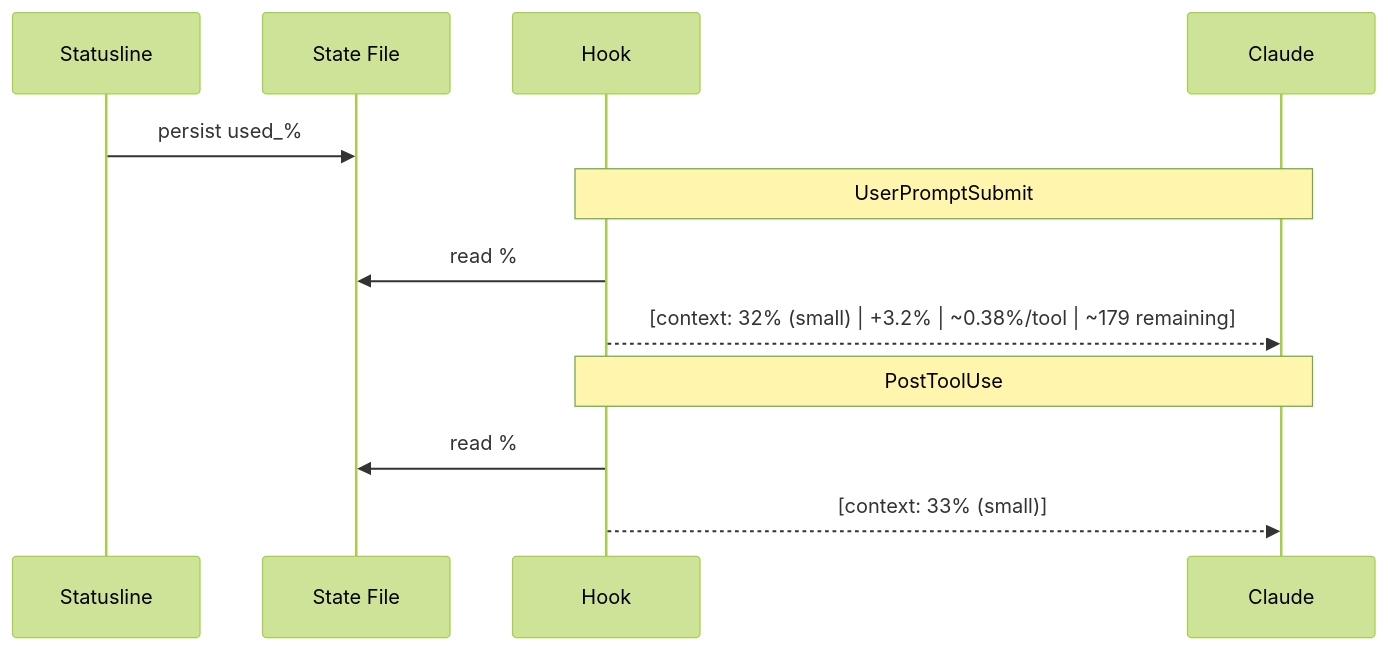
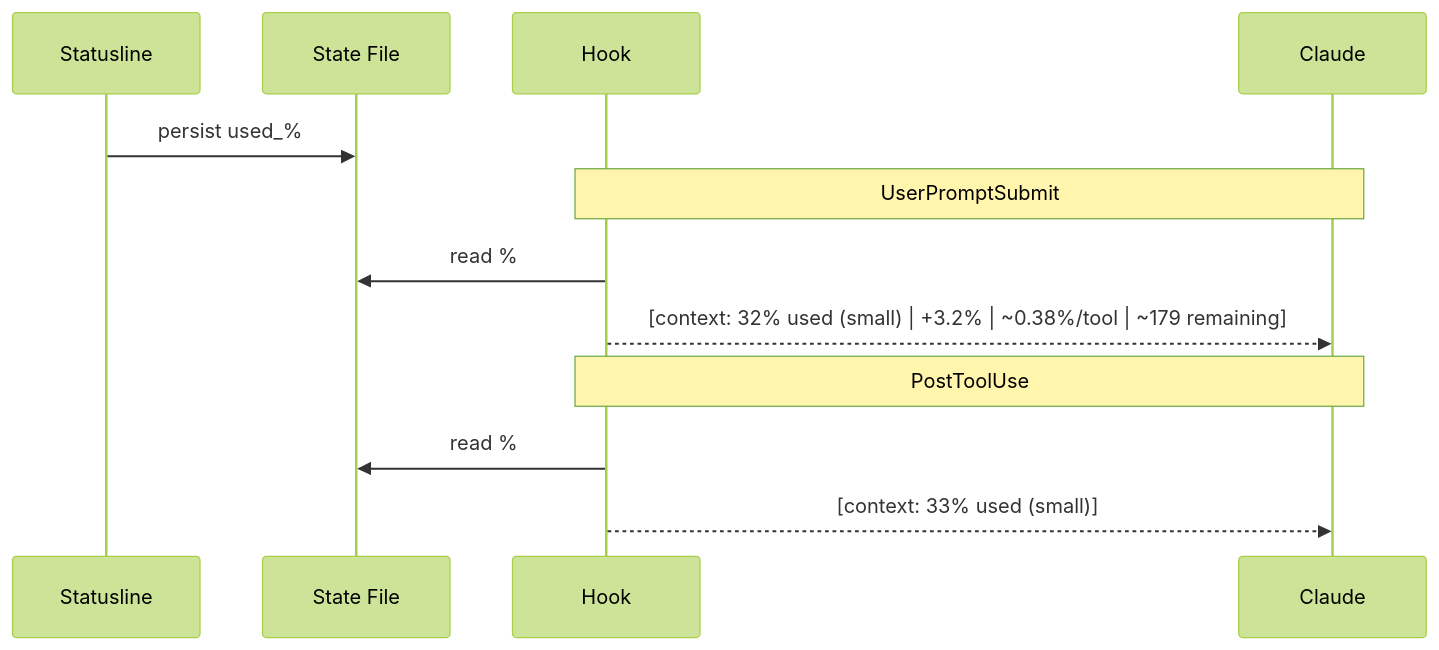
One commit to hesreallyhim/really-claude-code changed the second of 2 diagrams in agent-autonomy/context-awareness/README.md. Above: the diagram before and after it, drawn with Mermaid (forest theme). The commit also changed other lines of this file and 69 other files, not shown here.

````diff
--- a/agent-autonomy/context-awareness/README.md
+++ b/agent-autonomy/context-awareness/README.md
@@ -49,17 +53,17 @@
 ```mermaid
 sequenceDiagram
     participant SL as Statusline
     participant S as State File
     participant H as Hook
     participant C as Claude
 
     SL->>S: persist used_%
 
     Note over H,C: UserPromptSubmit
     H->>S: read %
-    H-->>C: [context: 32% (small) | +3.2% | ~0.38%/tool | ~179 remaining]
+    H-->>C: [context: 32% used (small) | +3.2% | ~0.38%/tool | ~179 remaining]
 
     Note over H,C: PostToolUse
     H->>S: read %
-    H-->>C: [context: 33% (small)]
+    H-->>C: [context: 33% used (small)]
 ```
````
